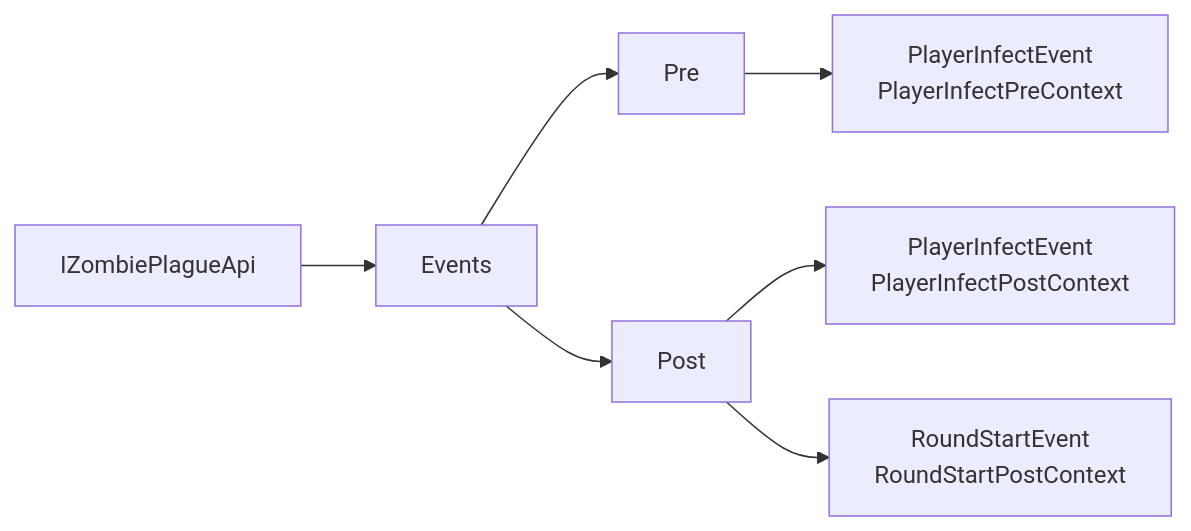
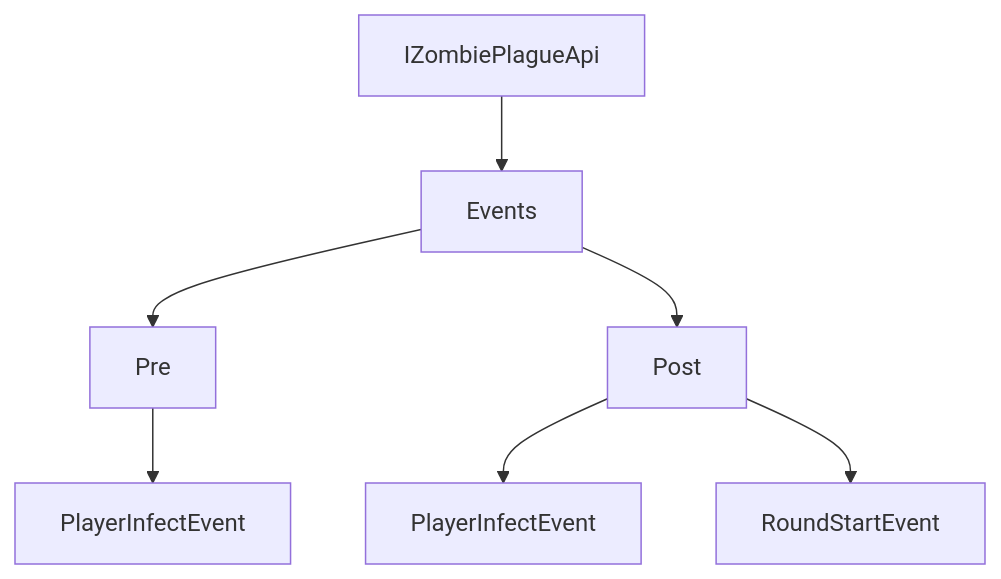
One commit to elysium-corp/cs2-zombie-plague changed the sixth of 10 diagrams in Common.Hooks/README.md. Above: the diagram before and after it, drawn with Mermaid. The commit also changed other lines of this file, not shown here.

````diff
--- a/Common.Hooks/README.md
+++ b/Common.Hooks/README.md
@@ -429,20 +569,26 @@
 ```mermaid
-flowchart LR
+flowchart TD
     Api["IZombiePlagueApi"]
+
     Events["Events"]
+
     Pre["Pre"]
+
     Post["Post"]
 
-    InfectPre["PlayerInfectEvent<br/>PlayerInfectPreContext"]
-    InfectPost["PlayerInfectEvent<br/>PlayerInfectPostContext"]
-    RoundStart["RoundStartEvent<br/>RoundStartPostContext"]
+    InfectPre["PlayerInfectEvent"]
+
+    InfectPost["PlayerInfectEvent"]
+
+    RoundStart["RoundStartEvent"]
 
     Api --> Events
+
     Events --> Pre
     Events --> Post
 
     Pre --> InfectPre
 
     Post --> InfectPost
     Post --> RoundStart
 ```
````
